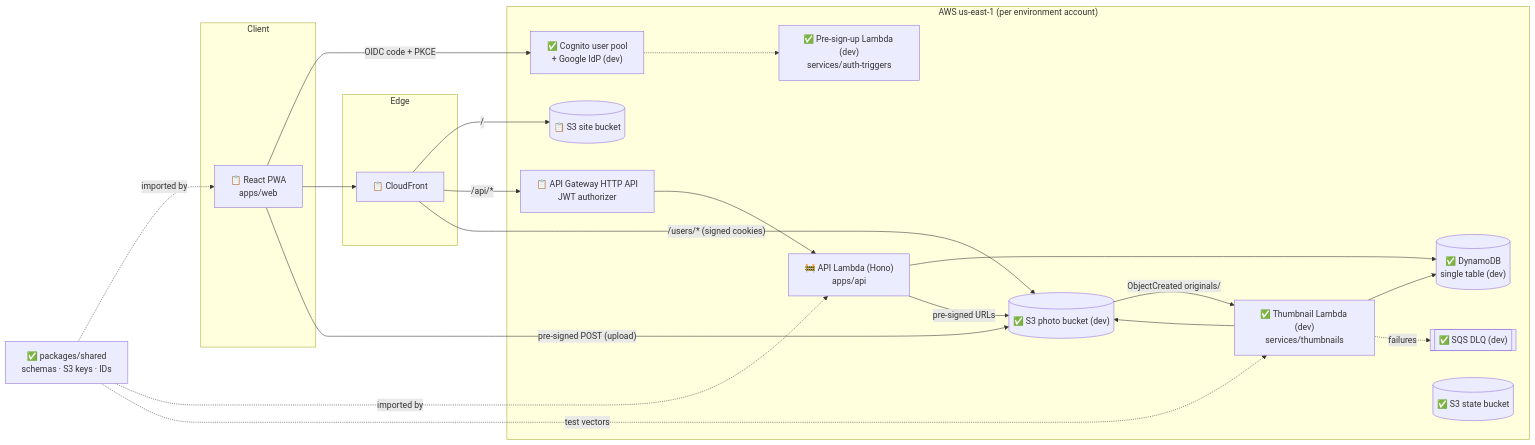
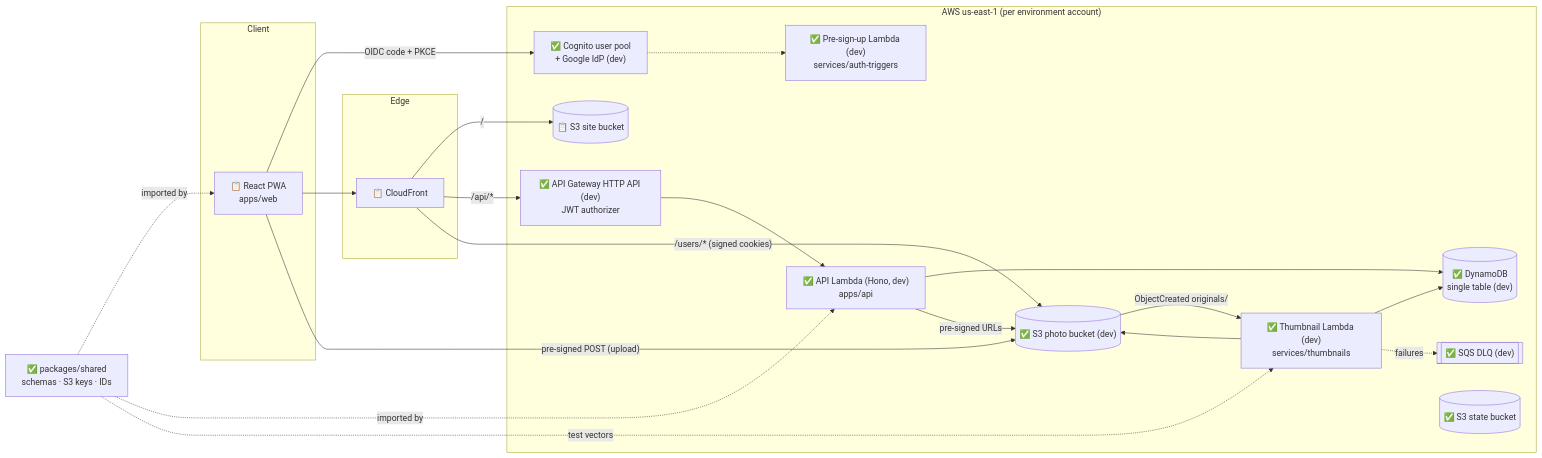
The first of 6 diagrams in ARCHITECTURE.md (EdgarA28/Photo-app), drawn with Mermaid before and after one commit. The commit also changed other lines of this file and 14 other files, not shown here.

First line of the commit message:
Add api infra module and deploy the API to dev (Phase 5.4)

````diff
--- a/ARCHITECTURE.md
+++ b/ARCHITECTURE.md
@@ -66,42 +67,42 @@
 ```mermaid
 flowchart LR
   subgraph Client
     PWA["📋 React PWA<br/>apps/web"]
   end
 
   subgraph Edge
     CF["📋 CloudFront"]
   end
 
   subgraph AWS["AWS us-east-1 (per environment account)"]
     COG["✅ Cognito user pool<br/>+ Google IdP (dev)"]
     TRIG["✅ Pre-sign-up Lambda (dev)<br/>services/auth-triggers"]
-    APIGW["📋 API Gateway HTTP API<br/>JWT authorizer"]
-    API["🚧 API Lambda (Hono)<br/>apps/api"]
+    APIGW["✅ API Gateway HTTP API (dev)<br/>JWT authorizer"]
+    API["✅ API Lambda (Hono, dev)<br/>apps/api"]
     DDB[("✅ DynamoDB<br/>single table (dev)")]
     WEB[("📋 S3 site bucket")]
     S3[("✅ S3 photo bucket (dev)")]
     THUMB["✅ Thumbnail Lambda (dev)<br/>services/thumbnails"]
     DLQ[["✅ SQS DLQ (dev)"]]
     STATE[("✅ S3 state bucket")]
   end
 
   SHARED["✅ packages/shared<br/>schemas · S3 keys · IDs"]
 
   PWA -- "OIDC code + PKCE" --> COG
   COG -.-> TRIG
   PWA --> CF
   CF -- "/" --> WEB
   CF -- "/api/*" --> APIGW --> API
   CF -- "/users/* (signed cookies)" --> S3
   API --> DDB
   API -- "pre-signed URLs" --> S3
   PWA -- "pre-signed POST (upload)" --> S3
   S3 -- "ObjectCreated originals/" --> THUMB
   THUMB --> S3
   THUMB --> DDB
   THUMB -. "failures" .-> DLQ
   SHARED -. "imported by" .-> PWA
   SHARED -. "imported by" .-> API
   SHARED -. "test vectors" .-> THUMB
 ```
````
